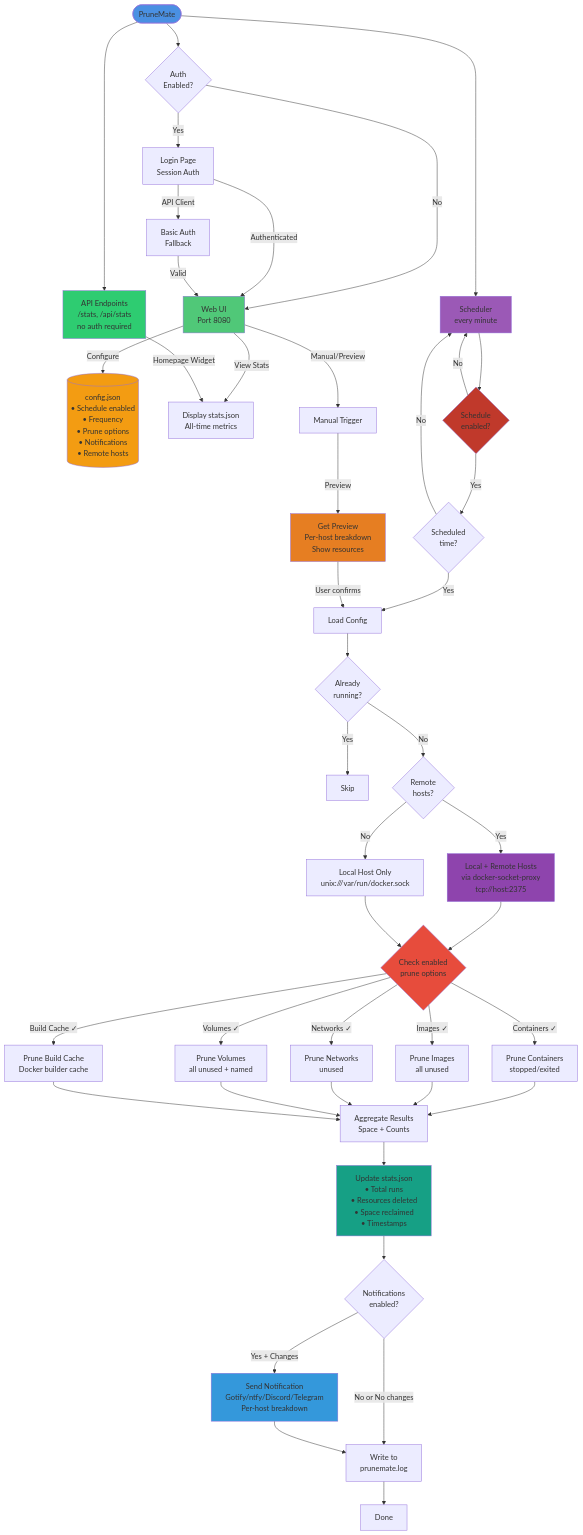
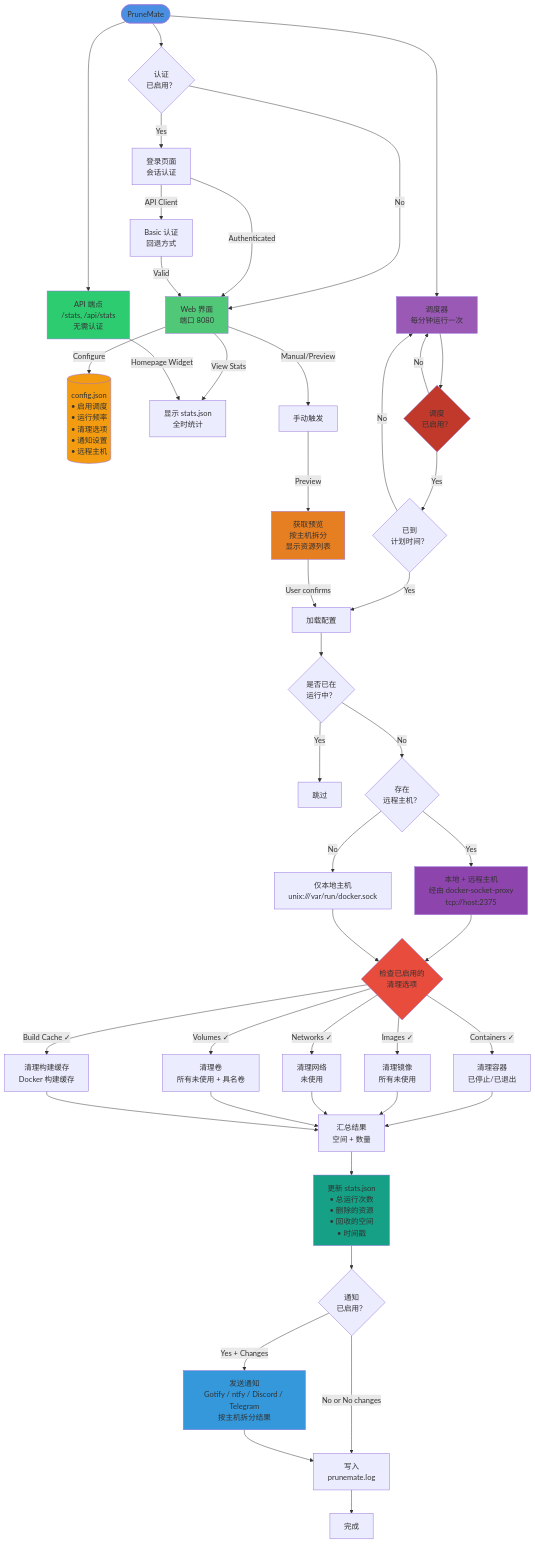
One commit to hbestm/PruneMate-CN changed the diagram in ARCHITECTURE.md. Above: the diagram before and after it, drawn with Mermaid.

Commit message:
Translate system architecture diagram to Chinese

````diff
--- a/ARCHITECTURE.md
+++ b/ARCHITECTURE.md
@@ -7,70 +7,71 @@
 ```mermaid
 flowchart TD
-    Start([PruneMate]) --> Auth{Auth<br/>Enabled?}
-    Auth -->|No| WebUI[Web UI<br/>Port 8080]
-    Auth -->|Yes| Login[Login Page<br/>Session Auth]
+    Start([PruneMate]) --> Auth{认证<br/>已启用？}
+    Auth -->|No| WebUI[Web 界面<br/>端口 8080]
+    Auth -->|Yes| Login[登录页面<br/>会话认证]
     Login -->|Authenticated| WebUI
-    Login -->|API Client| BasicAuth[Basic Auth<br/>Fallback]
+    Login -->|API Client| BasicAuth[Basic 认证<br/>回退方式]
     BasicAuth -->|Valid| WebUI
     
-    Start --> Scheduler[Scheduler<br/>every minute]
-    Start --> API[API Endpoints<br/>/stats, /api/stats<br/>no auth required]
+    Start --> Scheduler[调度器<br/>每分钟运行一次]
+    Start --> API[API 端点<br/>/stats, /api/stats<br/>无需认证]
     
-    WebUI --> |Configure| Config[(config.json<br/>• Schedule enabled<br/>• Frequency<br/>• Prune options<br/>• Notifications<br/>• Remote hosts)]
-    WebUI --> |View Stats| StatsUI[Display stats.json<br/>All-time metrics]
-    WebUI --> |Manual/Preview| Manual[Manual Trigger]
+    WebUI --> |Configure| Config[(config.json<br/>• 启用调度<br/>• 运行频率<br/>• 清理选项<br/>• 通知设置<br/>• 远程主机)]
+    WebUI --> |View Stats| StatsUI[显示 stats.json<br/>全时统计]
+    WebUI --> |Manual/Preview| Manual[手动触发]
     API --> |Homepage Widget| StatsUI
     
-    Scheduler --> CheckSchedule{Schedule<br/>enabled?}
+    Scheduler --> CheckSchedule{调度<br/>已启用？}
     CheckSchedule --> |No| Scheduler
-    CheckSchedule --> |Yes| CheckTime{Scheduled<br/>time?}
+    CheckSchedule --> |Yes| CheckTime{已到<br/>计划时间？}
     CheckTime --> |No| Scheduler
-    CheckTime --> |Yes| LoadConfig[Load Config]
+    CheckTime --> |Yes| LoadConfig[加载配置]
     
-    Manual --> |Preview| Preview[Get Preview<br/>Per-host breakdown<br/>Show resources]
+    Manual --> |Preview| Preview[获取预览<br/>按主机拆分<br/>显示资源列表]
     Preview --> |User confirms| LoadConfig
     
-    LoadConfig --> Lock{Already<br/>running?}
-    Lock --> |Yes| Skip[Skip]
-    Lock --> |No| CheckHosts{Remote<br/>hosts?}
+    LoadConfig --> Lock{是否已在<br/>运行中？}
+    Lock --> |Yes| Skip[跳过]
+    Lock --> |No| CheckHosts{存在<br/>远程主机？}
     
-    CheckHosts --> |Yes| Remote[Local + Remote Hosts<br/>via docker-socket-proxy<br/>tcp://host:2375]
-    CheckHosts --> |No| Local[Local Host Only<br/>unix:///var/run/docker.sock]
+    CheckHosts --> |Yes| Remote[本地 + 远程主机<br/>经由 docker-socket-proxy<br/>tcp://host:2375]
+    CheckHosts --> |No| Local[仅本地主机<br/>unix:///var/run/docker.sock]
     
     Remote --> CheckOptions
     Local --> CheckOptions
     
-    CheckOptions{Check enabled<br/>prune options}
-    CheckOptions --> |Containers ✓| PruneC[Prune Containers<br/>stopped/exited]
-    CheckOptions --> |Images ✓| PruneI[Prune Images<br/>all unused]
-    CheckOptions --> |Networks ✓| PruneN[Prune Networks<br/>unused]
-    CheckOptions --> |Volumes ✓| PruneV[Prune Volumes<br/>all unused + named]
-    CheckOptions --> |Build Cache ✓| PruneB[Prune Build Cache<br/>Docker builder cache]
+    CheckOptions{检查已启用的<br/>清理选项}
+    CheckOptions --> |Containers ✓| PruneC[清理容器<br/>已停止/已退出]
+    CheckOptions --> |Images ✓| PruneI[清理镜像<br/>所有未使用]
+    CheckOptions --> |Networks ✓| PruneN[清理网络<br/>未使用]
+    CheckOptions --> |Volumes ✓| PruneV[清理卷<br/>所有未使用 + 具名卷]
+    CheckOptions --> |Build Cache ✓| PruneB[清理构建缓存<br/>Docker 构建缓存]
     
     PruneC --> Aggregate
     PruneI --> Aggregate
     PruneN --> Aggregate
     PruneV --> Aggregate
     PruneB --> Aggregate
     
-    Aggregate[Aggregate Results<br/>Space + Counts] --> Stats[Update stats.json<br/>• Total runs<br/>• Resources deleted<br/>• Space reclaimed<br/>• Timestamps]
+    Aggregate[汇总结果<br/>空间 + 数量] --> Stats[更新 stats.json<br/>• 总运行次数<br/>• 删除的资源<br/>• 回收的空间<br/>• 时间戳]
     
-    Stats --> Notify{Notifications<br/>enabled?}
+    Stats --> Notify{通知<br/>已启用？}
     
-    Notify --> |Yes + Changes| Send[Send Notification<br/>Gotify/ntfy/Discord/Telegram<br/>Per-host breakdown]
-    Notify --> |No or No changes| Log[Write to<br/>prunemate.log]
+    Notify --> |Yes + Changes| Send[发送通知<br/>Gotify / ntfy / Discord / Telegram<br/>按主机拆分结果]
+    Notify --> |No or No changes| Log[写入<br/>prunemate.log]
     Send --> Log
-    Log --> Done[Done]
+    Log --> Done[完成]
     
     style Start fill:#4a90e2
     style WebUI fill:#50c878
     style Scheduler fill:#9b59b6
     style Config fill:#f39c12
     style CheckOptions fill:#e74c3c
     style Stats fill:#16a085
     style Send fill:#3498db
     style Preview fill:#e67e22
     style API fill:#2ecc71
     style Remote fill:#8e44ad
     style CheckSchedule fill:#c0392b
+
 ```
````
